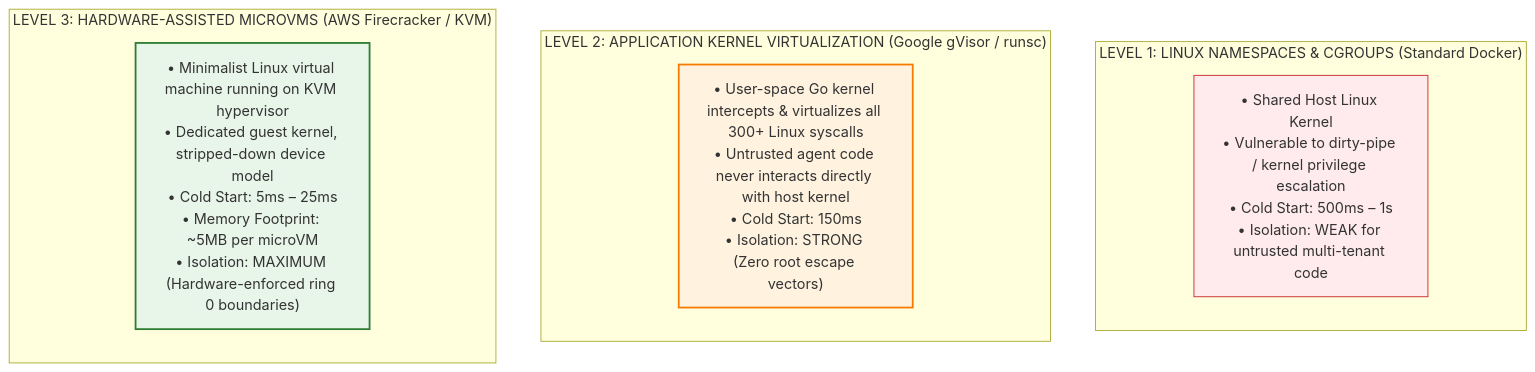
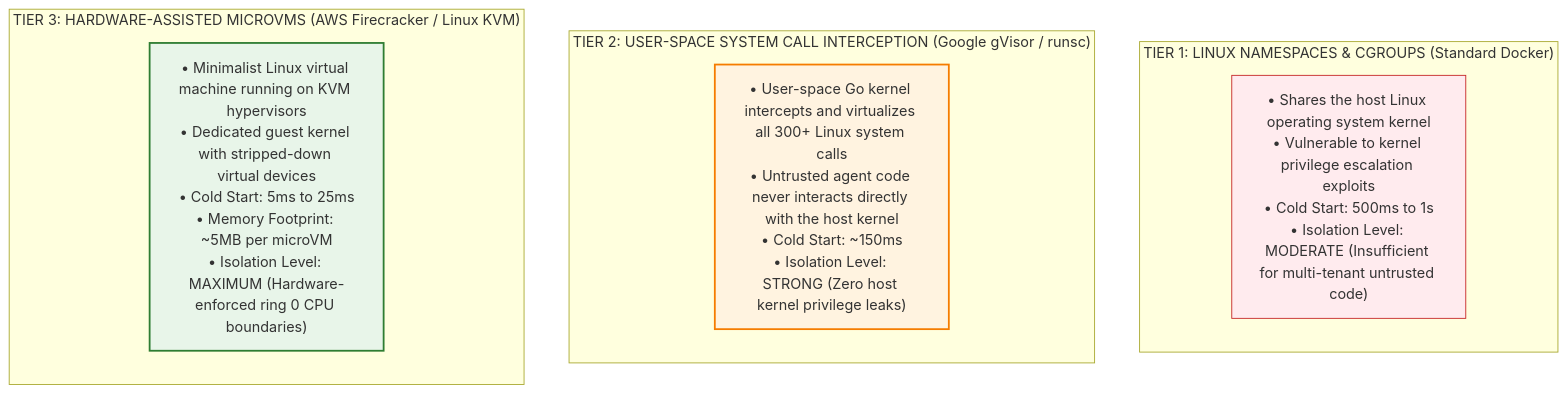
The third of 4 diagrams in 04-agentic-systems-and-orchestration/06-codeact-and-sandboxed-execution-runtimes.md (dip4k/senior-engineer-to-ai-engineer-roadmap), drawn with Mermaid before and after one commit. The commit also changed other lines of this file and 11 other files, not shown here.

````diff
--- a/04-agentic-systems-and-orchestration/06-codeact-and-sandboxed-execution-runtimes.md
+++ b/04-agentic-systems-and-orchestration/06-codeact-and-sandboxed-execution-runtimes.md
@@ -144,21 +173,21 @@
 ```mermaid
 flowchart TD
     classDef l1 fill:#ffebee,stroke:#c62828,stroke-width:1px;
     classDef l2 fill:#fff3e0,stroke:#f57c00,stroke-width:2px;
     classDef l3 fill:#e8f5e9,stroke:#2e7d32,stroke-width:2px;
 
-    subgraph Level1["LEVEL 1: LINUX NAMESPACES & CGROUPS (Standard Docker)"]
+    subgraph Level1["TIER 1: LINUX NAMESPACES & CGROUPS (Standard Docker)"]
         direction TB
-        L1_Desc["• Shared Host Linux Kernel\n• Vulnerable to dirty-pipe / kernel privilege escalation\n• Cold Start: 500ms – 1s\n• Isolation: WEAK for untrusted multi-tenant code"]:::l1
+        L1_Desc["• Shares the host Linux operating system kernel\n• Vulnerable to kernel privilege escalation exploits\n• Cold Start: 500ms to 1s\n• Isolation Level: MODERATE (Insufficient for multi-tenant untrusted code)"]:::l1
     end
 
-    subgraph Level2["LEVEL 2: APPLICATION KERNEL VIRTUALIZATION (Google gVisor / runsc)"]
+    subgraph Level2["TIER 2: USER-SPACE SYSTEM CALL INTERCEPTION (Google gVisor / runsc)"]
         direction TB
-        L2_Desc["• User-space Go kernel intercepts & virtualizes all 300+ Linux syscalls\n• Untrusted agent code never interacts directly with host kernel\n• Cold Start: 150ms\n• Isolation: STRONG (Zero root escape vectors)"]:::l2
+        L2_Desc["• User-space Go kernel intercepts and virtualizes all 300+ Linux system calls\n• Untrusted agent code never interacts directly with the host kernel\n• Cold Start: ~150ms\n• Isolation Level: STRONG (Zero host kernel privilege leaks)"]:::l2
     end
 
-    subgraph Level3["LEVEL 3: HARDWARE-ASSISTED MICROVMS (AWS Firecracker / KVM)"]
+    subgraph Level3["TIER 3: HARDWARE-ASSISTED MICROVMS (AWS Firecracker / Linux KVM)"]
         direction TB
-        L3_Desc["• Minimalist Linux virtual machine running on KVM hypervisor\n• Dedicated guest kernel, stripped-down device model\n• Cold Start: 5ms – 25ms\n• Memory Footprint: ~5MB per microVM\n• Isolation: MAXIMUM (Hardware-enforced ring 0 boundaries)"]:::l3
+        L3_Desc["• Minimalist Linux virtual machine running on KVM hypervisors\n• Dedicated guest kernel with stripped-down virtual devices\n• Cold Start: 5ms to 25ms\n• Memory Footprint: ~5MB per microVM\n• Isolation Level: MAXIMUM (Hardware-enforced ring 0 CPU boundaries)"]:::l3
     end
 ```
````
